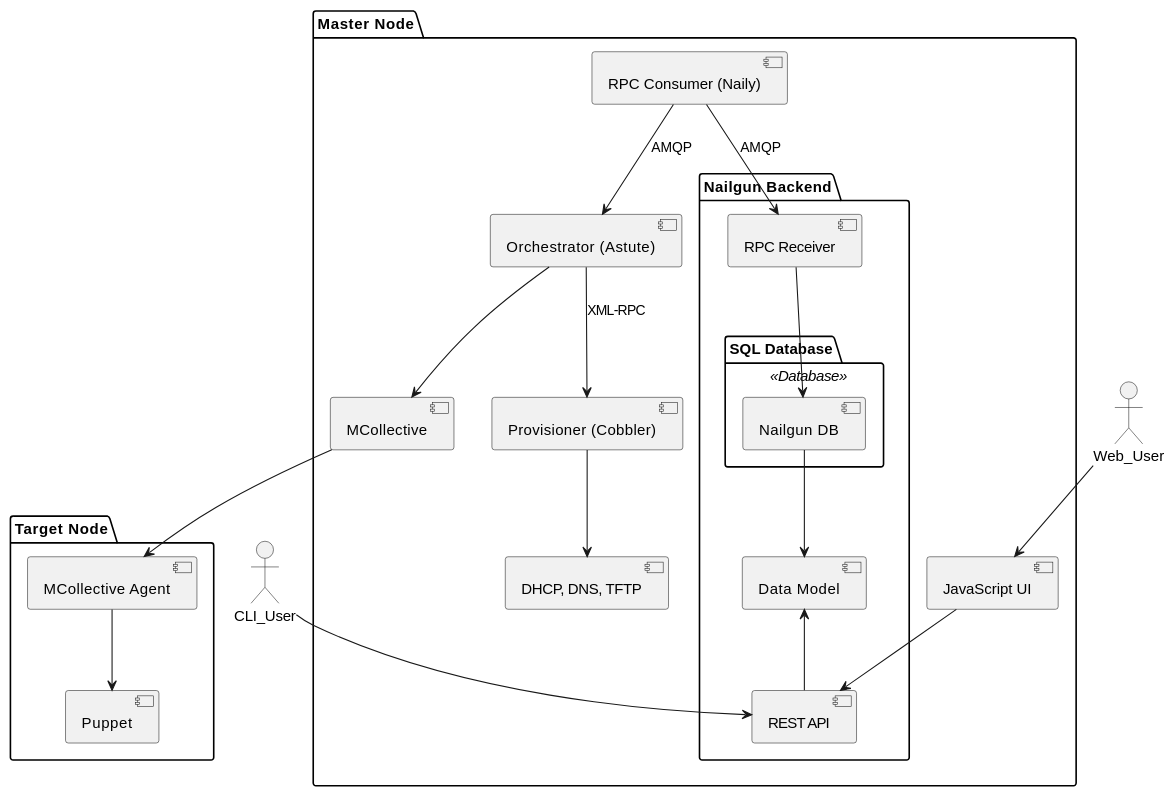
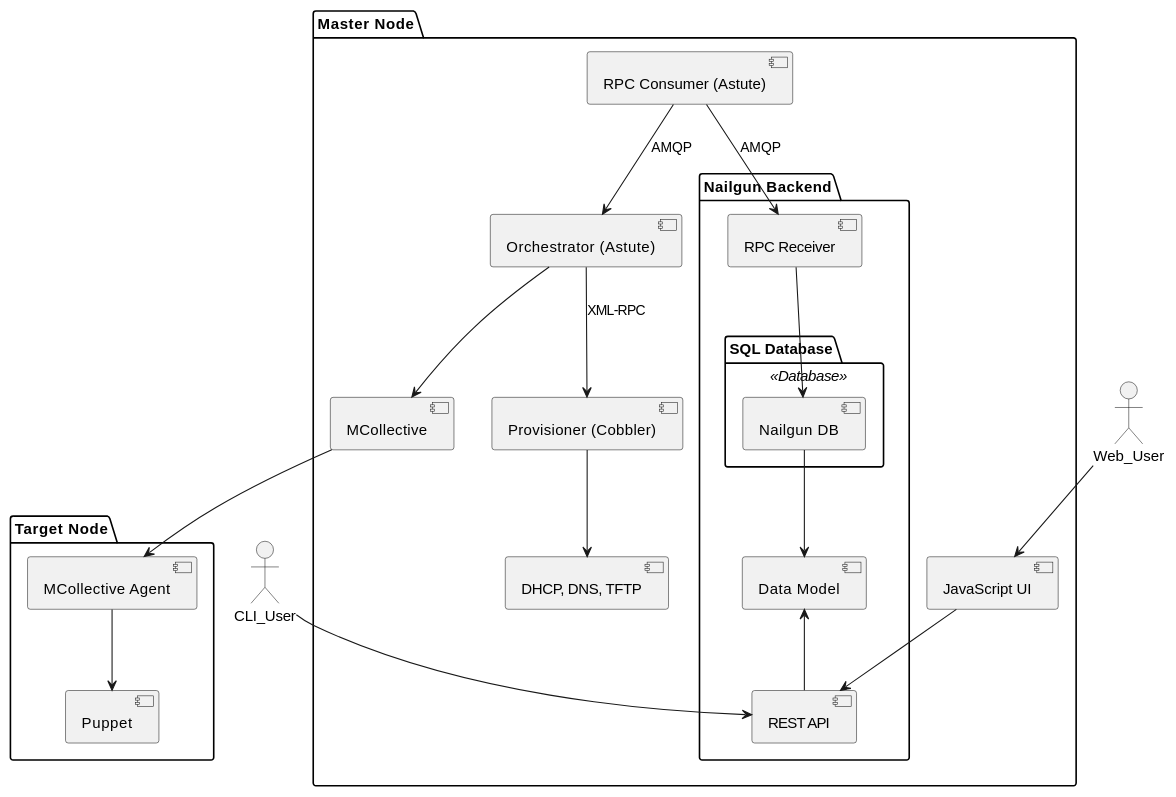
The diagram in docs/develop/logical_arch.rst (openstack-archive/fuel-web), drawn with PlantUML before and after one commit. The commit also changed other lines of this file and 20 other files, not shown here.

First line of the commit message:
Move Naily to Astute

```diff
--- a/docs/develop/logical_arch.rst
+++ b/docs/develop/logical_arch.rst
@@ -50,29 +49,29 @@
  .. uml::
     package "Master Node" {
         [JavaScript UI]
         package "Nailgun Backend" {
             package "SQL Database" <<Database>> {
                 [Nailgun DB]
             }
             [Nailgun DB] --> [Data Model]
             [Data Model] <-- [REST API]
             [RPC Receiver] --> [Nailgun DB]
         }
         [Provisioner (Cobbler)] --> [DHCP, DNS, TFTP]
-        [RPC Consumer (Naily)] --> [RPC Receiver] : AMQP
-        [RPC Consumer (Naily)] --> [Orchestrator (Astute)] : AMQP
+        [RPC Consumer (Astute)] --> [RPC Receiver] : AMQP
+        [RPC Consumer (Astute)] --> [Orchestrator (Astute)] : AMQP
         [Orchestrator (Astute)] --> [MCollective]
     }
     package "Target Node" {
         [MCollective Agent] --> [Puppet]
     }
     actor Web_User
     actor CLI_User
     Web_User --> [JavaScript UI]
     CLI_User --> [REST API]
 
     [JavaScript UI] --> [REST API]
 
     [Orchestrator (Astute)] --> [Provisioner (Cobbler)] : XML-RPC
 
     [MCollective] --> [MCollective Agent]
```
